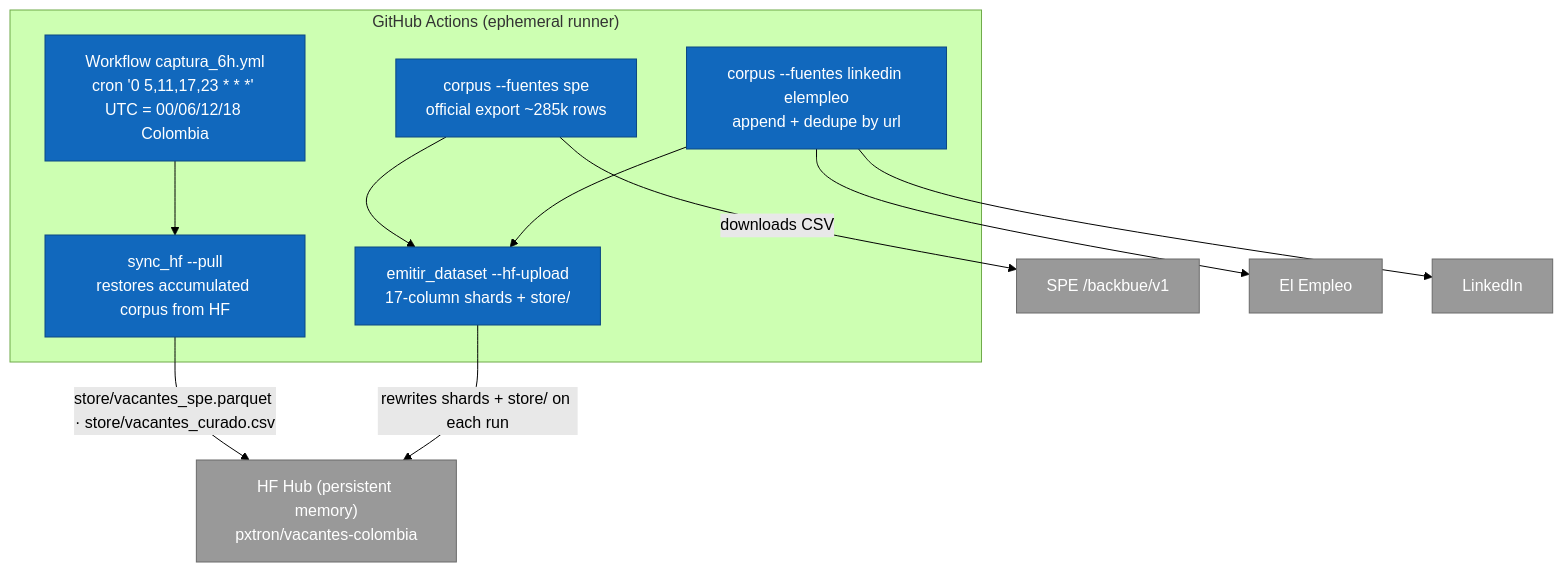
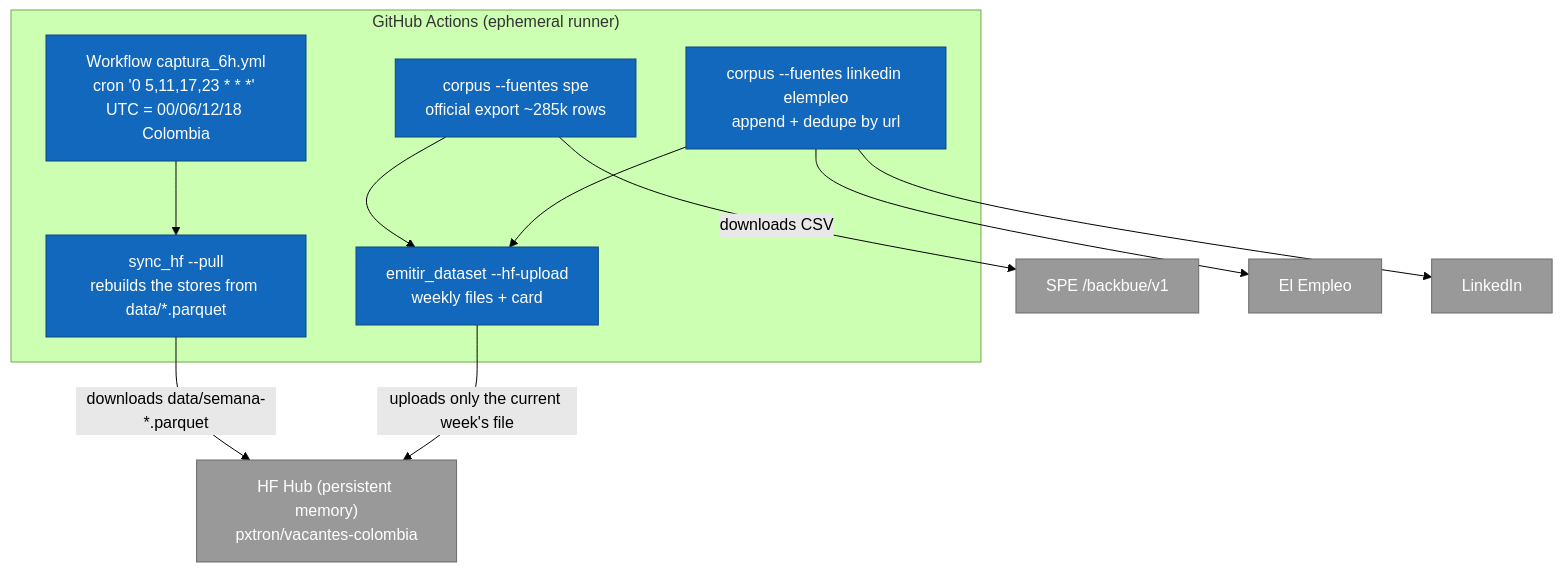
The second of 3 diagrams in README.en.md (shalom-A26/SEXTANTE), drawn with Mermaid (forest theme) before and after one commit. The commit also changed other lines of this file and 9 other files, not shown here.

````diff
--- a/README.en.md
+++ b/README.en.md
@@ -74,29 +78,29 @@
 ```mermaid
 flowchart TB
     subgraph GH["GitHub Actions (ephemeral runner)"]
         wf["Workflow captura_6h.yml<br/>cron '0 5,11,17,23 * * *' UTC = 00/06/12/18 Colombia"]
-        pull["sync_hf --pull<br/>restores accumulated corpus from HF"]
+        pull["sync_hf --pull<br/>rebuilds the stores from data/*.parquet"]
         sp["corpus --fuentes spe<br/>official export ~285k rows"]
         cu["corpus --fuentes linkedin elempleo<br/>append + dedupe by url"]
-        em["emitir_dataset --hf-upload<br/>17-column shards + store/"]
+        em["emitir_dataset --hf-upload<br/>weekly files + card"]
     end
 
     hub["HF Hub (persistent memory)<br/>pxtron/vacantes-colombia"]
     fsp["SPE /backbue/v1"]
     fee["El Empleo"]
     fli["LinkedIn"]
 
     wf --> pull
-    pull -->|"store/vacantes_spe.parquet · store/vacantes_curado.csv"| hub
+    pull -->|"downloads data/semana-*.parquet"| hub
     sp -->|"downloads CSV"| fsp
     cu --> fee
     cu --> fli
     sp --> em
     cu --> em
-    em -->|"rewrites shards + store/ on each run"| hub
+    em -->|"uploads only the current week's file"| hub
 
     classDef nube fill:#1168bd,color:#fff,stroke:#0b4884;
     classDef ext fill:#999999,color:#fff,stroke:#6b6b6b;
     class wf,pull,sp,cu,em nube;
     class hub,fsp,fee,fli ext;
 ```
````
